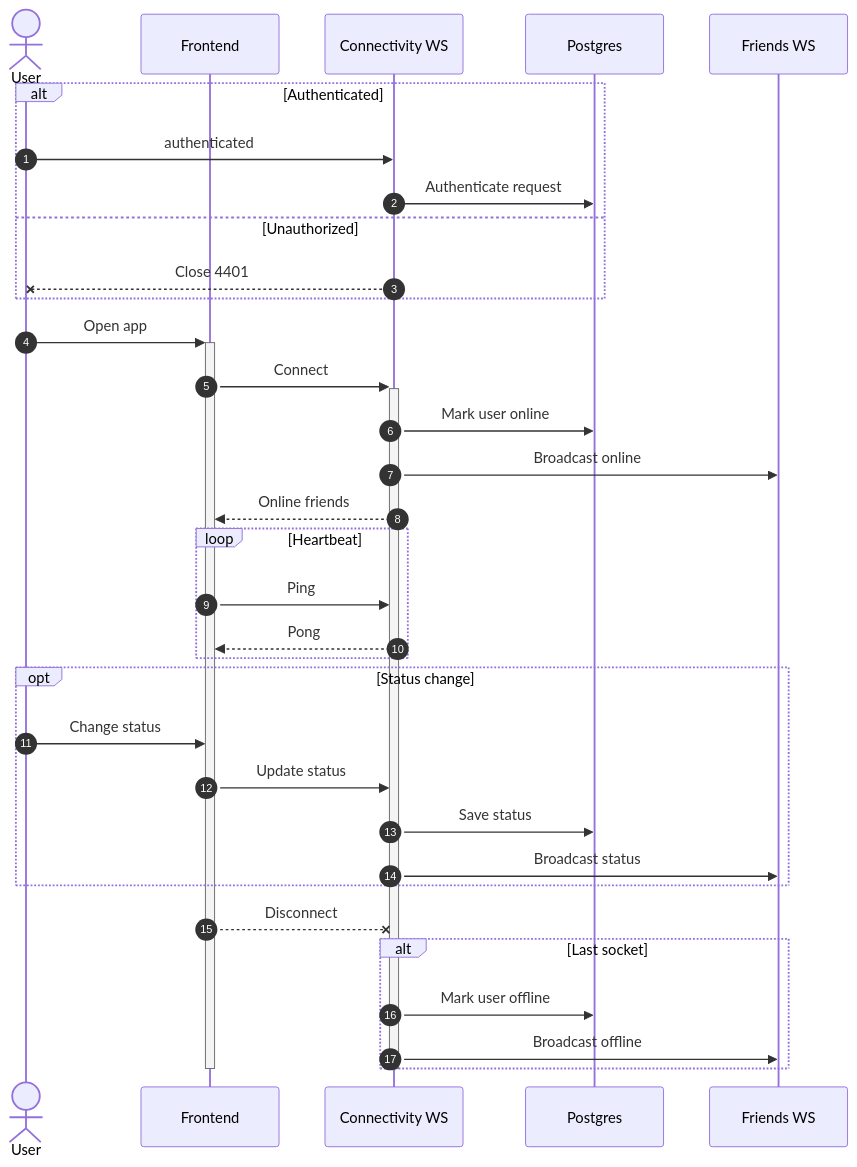
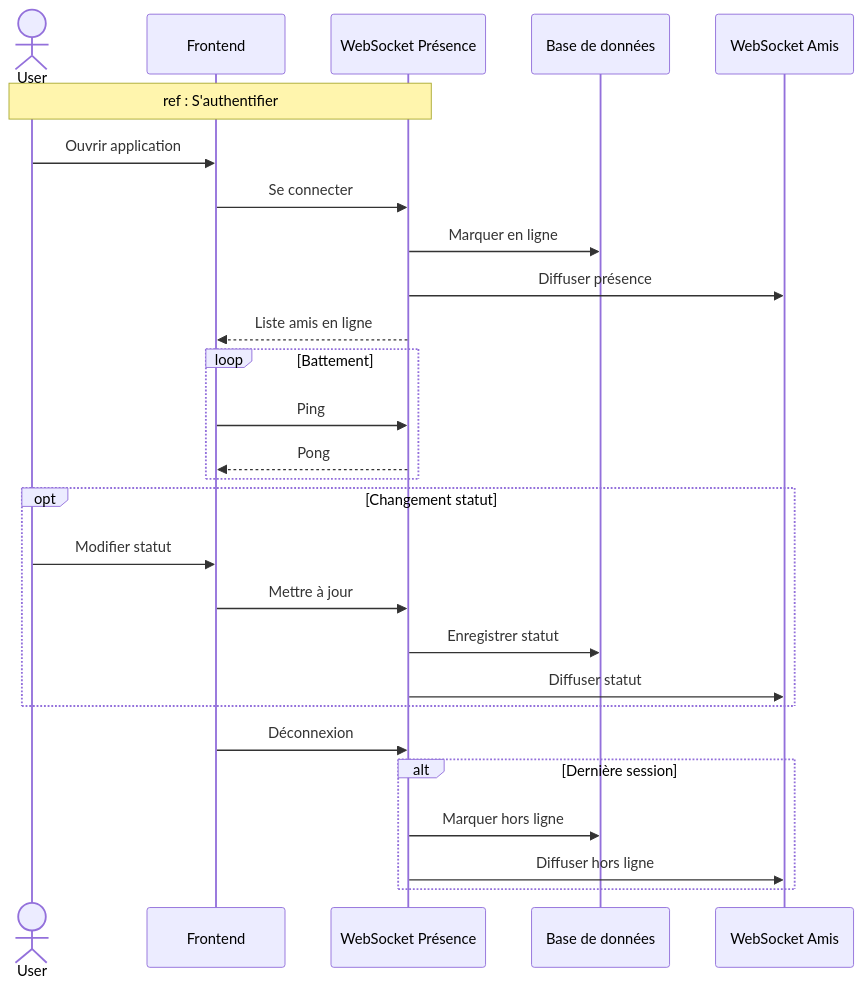
Before and after one commit to MohamedChebbi123/teamnest: diagram 16 of 16 in docs/SEQUENCE_DIAGRAMS.md, drawn with Mermaid. The commit also changed other lines of this file, not shown here.

````diff
--- a/docs/SEQUENCE_DIAGRAMS.md
+++ b/docs/SEQUENCE_DIAGRAMS.md
@@ -570,42 +477,34 @@
 ```mermaid
 sequenceDiagram
-    autonumber
     actor User
     participant FE as Frontend
-    participant WS as Connectivity WS
-    participant DB as Postgres
-    participant Friends as Friends WS
+    participant WS as WebSocket Présence
+    participant DB as Base de données
+    participant Friends as WebSocket Amis
 
-    alt Authenticated
-        User->>WS: authenticated
-        WS->>DB: Authenticate request
-    else Unauthorized
-        WS--xUser: Close 4401
-    end
+    Note over User,WS: ref : S'authentifier
 
-    User->>+FE: Open app
-    FE->>+WS: Connect
-    WS->>DB: Mark user online
-    WS->>Friends: Broadcast online
-    WS-->>FE: Online friends
+    User->>FE: Ouvrir application
+    FE->>WS: Se connecter
+    WS->>DB: Marquer en ligne
+    WS->>Friends: Diffuser présence
+    WS-->>FE: Liste amis en ligne
 
-    loop Heartbeat
+    loop Battement
         FE->>WS: Ping
         WS-->>FE: Pong
     end
 
-    opt Status change
-        User->>FE: Change status
-        FE->>WS: Update status
-        WS->>DB: Save status
-        WS->>Friends: Broadcast status
+    opt Changement statut
+        User->>FE: Modifier statut
+        FE->>WS: Mettre à jour
+        WS->>DB: Enregistrer statut
+        WS->>Friends: Diffuser statut
     end
 
-    FE--xWS: Disconnect
-    alt Last socket
-        WS->>DB: Mark user offline
-        WS->>Friends: Broadcast offline
+    FE->>WS: Déconnexion
+    alt Dernière session
+        WS->>DB: Marquer hors ligne
+        WS->>Friends: Diffuser hors ligne
     end
-    deactivate WS
-    deactivate FE
 ```
````
